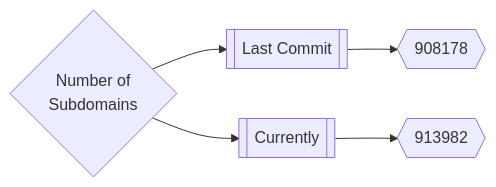
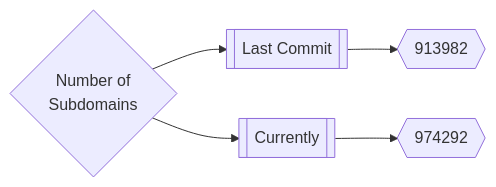
Before and after one commit to trickest/inventory: the first of 3 diagrams in README.md, drawn with Mermaid.

Commit message:
Update README.md Sat Jul 23 21:13:45 UTC 2022

````diff
--- a/README.md
+++ b/README.md
@@ -167,5 +167,5 @@
 ```mermaid
 graph LR
-title{Number of<br>Subdomains} --> subdomainsDate1[[Last Commit]] --> subdomainsNum1{{908178}}
-title --> subdomainsDate2[[Currently]] --> subdomainsNum2{{913982}}
+title{Number of<br>Subdomains} --> subdomainsDate1[[Last Commit]] --> subdomainsNum1{{913982}}
+title --> subdomainsDate2[[Currently]] --> subdomainsNum2{{974292}}
 ```
````
